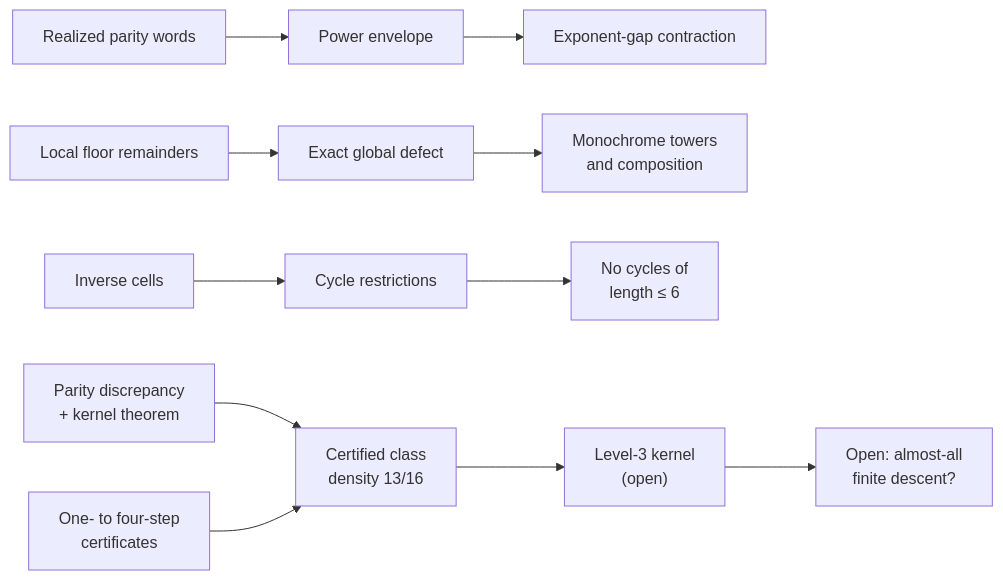
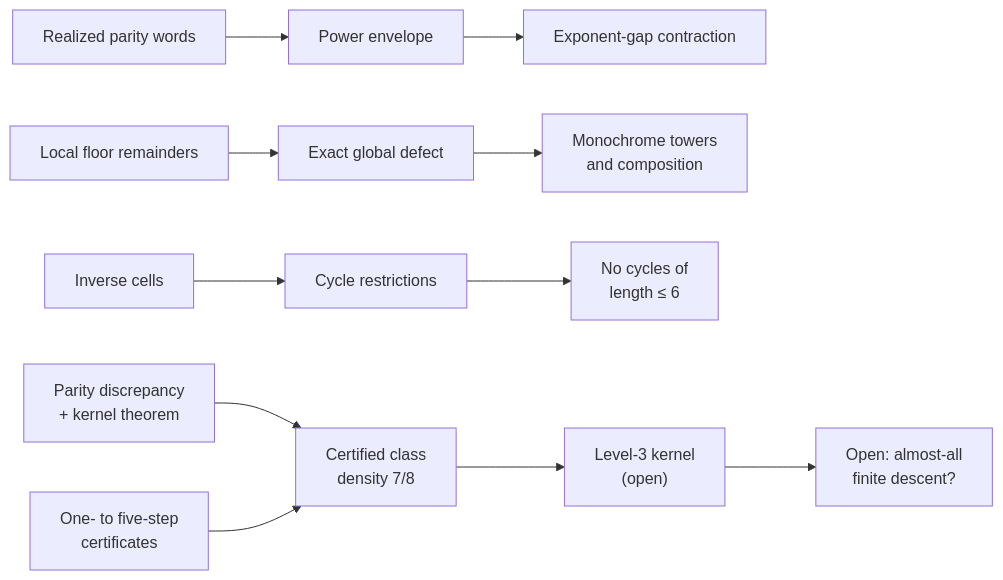
One commit to sneakyweasel/balanced_ternary changed the diagram in docs/theory/figures/juggler_frontier.mmd. Above: the diagram before and after it, drawn with Mermaid. The commit also changed 29 other files, not shown here.

```diff
--- a/docs/theory/figures/juggler_frontier.mmd
+++ b/docs/theory/figures/juggler_frontier.mmd
@@ -1,7 +1,7 @@
 flowchart LR
     Words["Realized parity words"] --> Envelope["Power envelope"] --> Contract["Exponent-gap contraction"]
     Remainders["Local floor remainders"] --> Defect["Exact global defect"] --> Towers["Monochrome towers<br/>and composition"]
     Cells["Inverse cells"] --> Cycles["Cycle restrictions"] --> Excluded["No cycles of<br/>length &le; 6"]
-    Discrepancy["Parity discrepancy<br/>+ kernel theorem"] --> Density["Certified class<br/>density 13/16"]
-    Certificates["One- to four-step<br/>certificates"] --> Density
+    Discrepancy["Parity discrepancy<br/>+ kernel theorem"] --> Density["Certified class<br/>density 7/8"]
+    Certificates["One- to five-step<br/>certificates"] --> Density
     Density --> Kernel["Level-3 kernel<br/>(open)"] --> Open["Open: almost-all<br/>finite descent?"]
```
